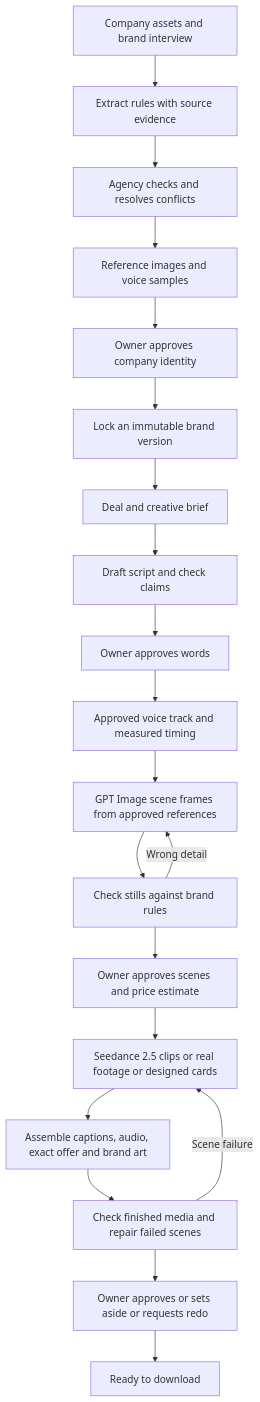
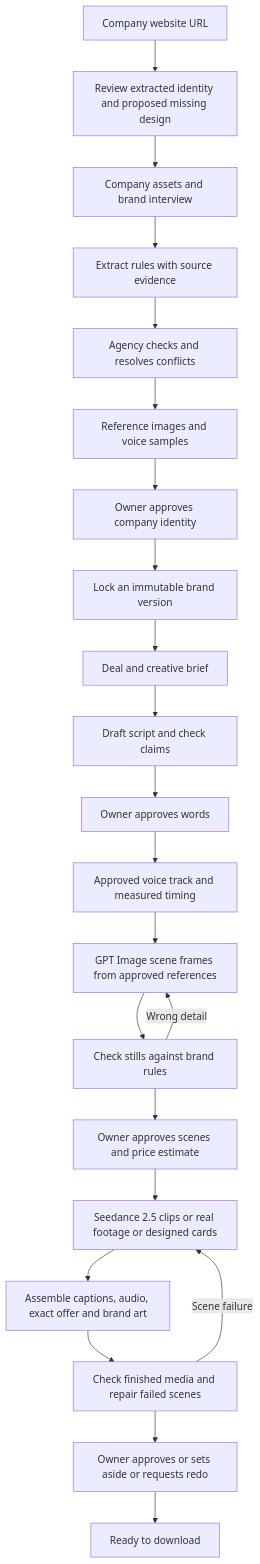
Before and after one commit to tlaakso07/happydog-studio: the diagram in docs/BRAND-WORKFLOW-PLAN.md, drawn with Mermaid. The commit also changed other lines of this file and 4 other files, not shown here.

Commit message:
Plan website intake and starter company design systems

````diff
--- a/docs/BRAND-WORKFLOW-PLAN.md
+++ b/docs/BRAND-WORKFLOW-PLAN.md
@@ -24,22 +25,24 @@
 ```mermaid
 flowchart TD
-  A[Company assets and brand interview] --> B[Extract rules with source evidence]
+  W[Company website URL] --> X[Review extracted identity and proposed missing design]
+  X --> A[Company assets and brand interview]
+  A --> B[Extract rules with source evidence]
   B --> C[Agency checks and resolves conflicts]
   C --> D[Reference images and voice samples]
   D --> E[Owner approves company identity]
   E --> F[Lock an immutable brand version]
   F --> G[Deal and creative brief]
   G --> H[Draft script and check claims]
   H --> I[Owner approves words]
   I --> J[Approved voice track and measured timing]
   J --> K[GPT Image scene frames from approved references]
   K --> L[Check stills against brand rules]
   L --> M[Owner approves scenes and price estimate]
   M --> N[Seedance 2.5 clips or real footage or designed cards]
   N --> O[Assemble captions, audio, exact offer and brand art]
   O --> P[Check finished media and repair failed scenes]
   P --> Q[Owner approves or sets aside or requests redo]
   Q --> R[Ready to download]
   L -->|Wrong detail| K
   P -->|Scene failure| N
 ```
````
